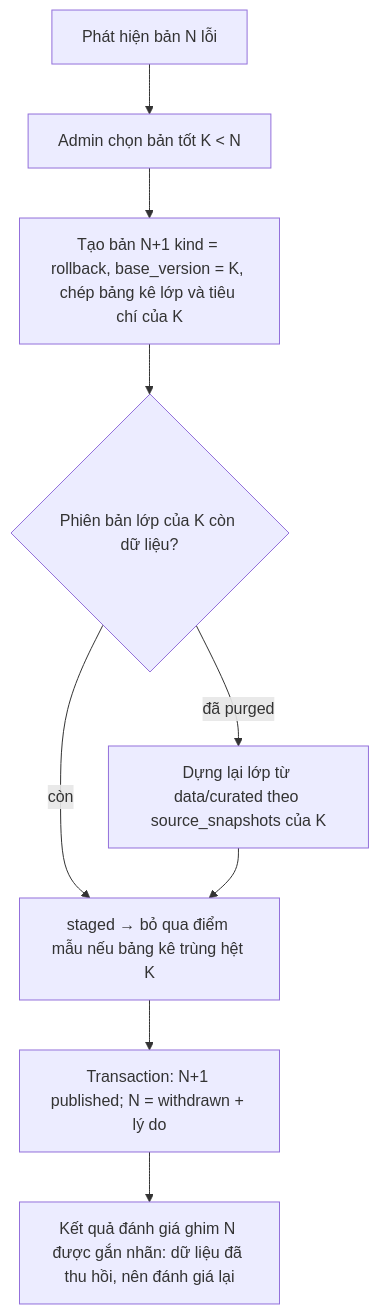
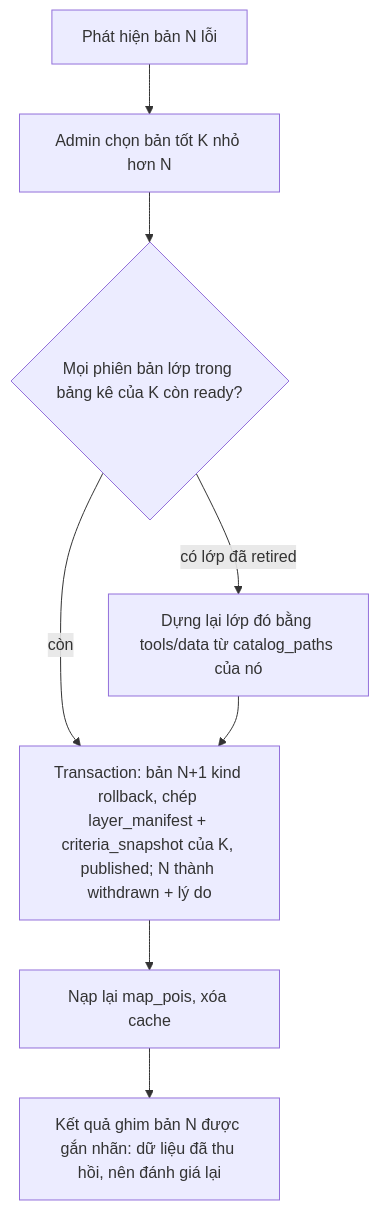
Before and after one commit to LoDtus/location-insight: the diagram in workspace/features/018-location-data/diagrams/flow-rollback.mmd, drawn with Mermaid. The commit also changed 14 other files, not shown here.

Commit message:
docs(018-location-data): thu gọn thiết kế theo giai đoạn, sửa xung đột TypeORM synchronize và /reset, tiêu chí trong code kèm bản chụp

```diff
--- a/workspace/features/018-location-data/diagrams/flow-rollback.mmd
+++ b/workspace/features/018-location-data/diagrams/flow-rollback.mmd
@@ -1,9 +1,8 @@
-%% Thu hồi bản lỗi bằng cách tiến tới (roll-forward), không sửa lịch sử.
+%% Thu hồi bằng cách tiến tới, không sửa lịch sử.
 flowchart TD
-  A[Phát hiện bản N lỗi] --> B[Admin chọn bản tốt K < N]
-  B --> C[Tạo bản N+1 kind = rollback, base_version = K, chép bảng kê lớp và tiêu chí của K]
-  C --> D{Phiên bản lớp của K còn dữ liệu?}
-  D -->|còn| E[staged → bỏ qua điểm mẫu nếu bảng kê trùng hệt K]
-  D -->|đã purged| F[Dựng lại lớp từ data/curated theo source_snapshots của K] --> E
-  E --> G[Transaction: N+1 published; N = withdrawn + lý do]
-  G --> H[Kết quả đánh giá ghim N được gắn nhãn: dữ liệu đã thu hồi, nên đánh giá lại]
+  A[Phát hiện bản N lỗi] --> B[Admin chọn bản tốt K nhỏ hơn N]
+  B --> C{Mọi phiên bản lớp trong bảng kê của K còn ready?}
+  C -->|còn| D[Transaction: bản N+1 kind rollback, chép layer_manifest + criteria_snapshot của K, published; N thành withdrawn + lý do]
+  C -->|có lớp đã retired| E[Dựng lại lớp đó bằng tools/data từ catalog_paths của nó] --> D
+  D --> F[Nạp lại map_pois, xóa cache]
+  F --> G[Kết quả ghim bản N được gắn nhãn: dữ liệu đã thu hồi, nên đánh giá lại]
```
